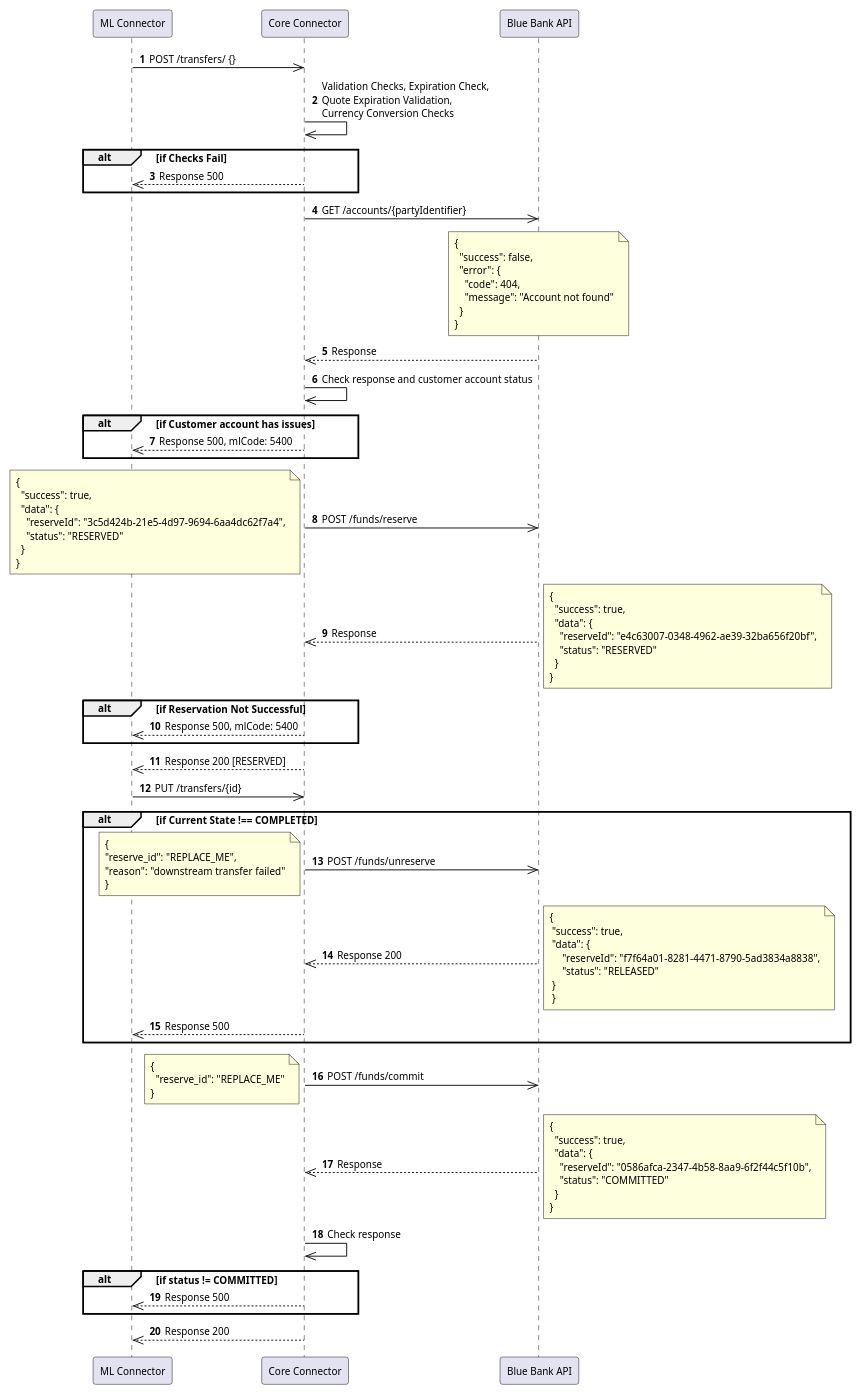
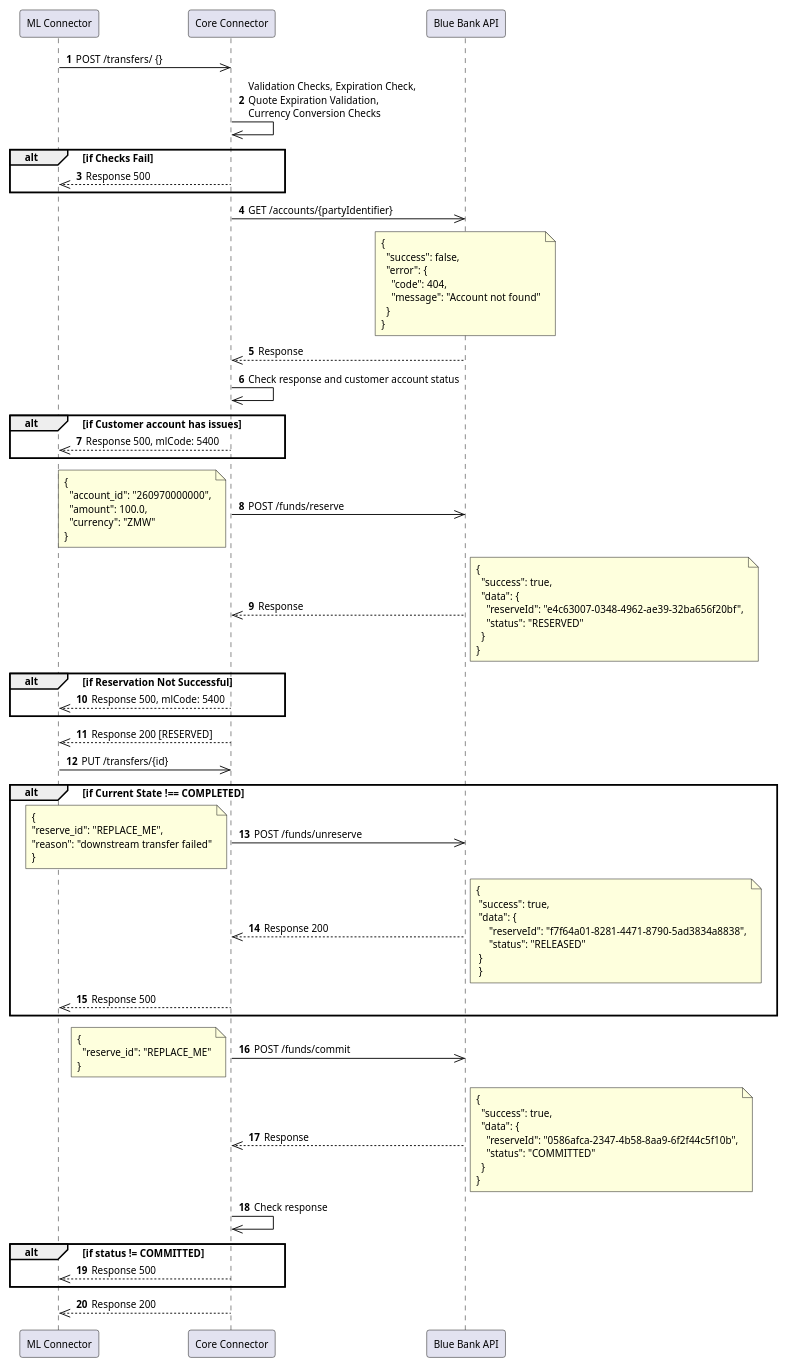
One commit to wababaDev/blue-bank-ml-connector changed the diagram in docs/payee/payee-receive-transfer.puml. Above: the diagram before and after it, drawn with PlantUML. The commit also changed 3 other files, not shown here.

```diff
--- a/docs/payee/payee-receive-transfer.puml
+++ b/docs/payee/payee-receive-transfer.puml
@@ -1,120 +1,118 @@
 @startuml name="ml-transfer-reservation-commit"
 
 skinparam defaultFontSize 10
 autonumber
 
 participant "ML Connector" as ML
 participant "Core Connector" as CC
 participant "Blue Bank API" as SBAPI
 
 ML ->> CC: POST /transfers/ {}
 
 CC ->> CC: Validation Checks, Expiration Check,\nQuote Expiration Validation,\nCurrency Conversion Checks
 
 alt if Checks Fail
     CC -->> ML: Response 500
 end
 
 CC ->> SBAPI: GET /accounts/{partyIdentifier}
 
 note over SBAPI
 {
   "success": false,
   "error": {
     "code": 404,
     "message": "Account not found"
   }
 }
 end note
 SBAPI -->> CC: Response
 
 CC ->> CC: Check response and customer account status
 
 alt if Customer account has issues
     CC -->> ML: Response 500, mlCode: 5400
 end
 
 
 CC ->> SBAPI: POST /funds/reserve
 note left
 {
-  "success": true,
-  "data": {
-    "reserveId": "3c5d424b-21e5-4d97-9694-6aa4dc62f7a4",
-    "status": "RESERVED"
-  }
+  "account_id": "260970000000",
+  "amount": 100.0,
+  "currency": "ZMW"
 }
 end note
 
 
 SBAPI -->> CC: Response
 note right
 {
   "success": true,
   "data": {
     "reserveId": "e4c63007-0348-4962-ae39-32ba656f20bf",
     "status": "RESERVED"
   }
 }
 end note
 
 alt if Reservation Not Successful
     CC -->> ML: Response 500, mlCode: 5400
 end
 
 CC -->> ML: Response 200 [RESERVED]
 
 ML ->> CC: PUT /transfers/{id}
 
 
 alt if Current State !== COMPLETED
    
     CC ->> SBAPI: POST /funds/unreserve
     note left
         {
         "reserve_id": "REPLACE_ME",
         "reason": "downstream transfer failed"
         }
     end note
 
     
     SBAPI -->> CC: Response 200
     note right
    {
     "success": true,
     "data": {
         "reserveId": "f7f64a01-8281-4471-8790-5ad3834a8838",
         "status": "RELEASED"
     }
     }
     end note
     CC -->> ML: Response 500
 end
 
 
 CC ->> SBAPI: POST /funds/commit
 note left
 {
   "reserve_id": "REPLACE_ME"
 }
 end note
 
 SBAPI -->> CC: Response
 note right
 {
   "success": true,
   "data": {
     "reserveId": "0586afca-2347-4b58-8aa9-6f2f44c5f10b",
     "status": "COMMITTED"
   }
 }
 end note
 
 CC ->> CC: Check response
 
 alt if status != COMMITTED
     CC -->> ML: Response 500
 end
 
 CC -->> ML: Response 200
 @enduml
```
